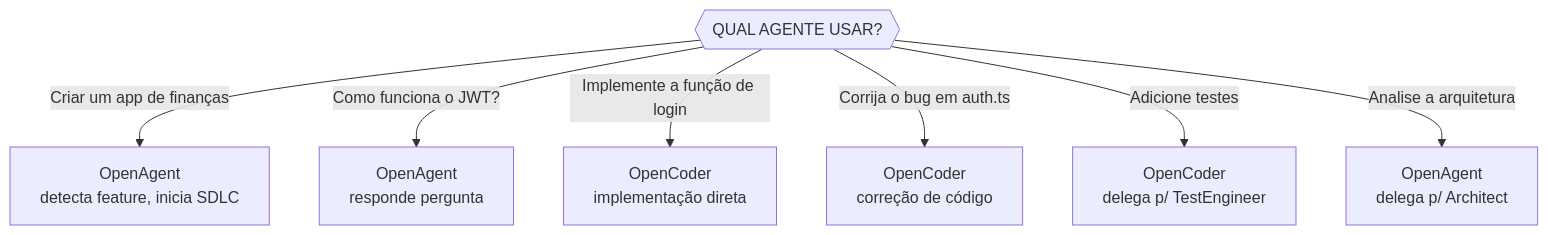
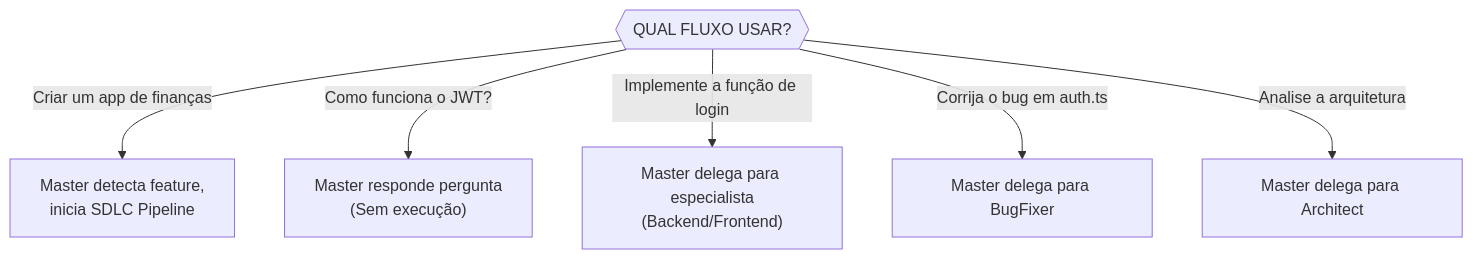
Before and after one commit to dgofreitas/opencode-workflow: the first of 9 diagrams in USAGE_GUIDE.md, drawn with Mermaid. The commit also changed other lines of this file and 28 other files, not shown here.

````diff
--- a/USAGE_GUIDE.md
+++ b/USAGE_GUIDE.md
@@ -48,10 +25,9 @@
 ```mermaid
 graph TD
-    Q{{"QUAL AGENTE USAR?"}}
-    Q -->|"Criar um app de finanças"| A1["OpenAgent<br/>detecta feature, inicia SDLC"]
-    Q -->|"Como funciona o JWT?"| A2["OpenAgent<br/>responde pergunta"]
-    Q -->|"Implemente a função de login"| A3["OpenCoder<br/>implementação direta"]
-    Q -->|"Corrija o bug em auth.ts"| A4["OpenCoder<br/>correção de código"]
-    Q -->|"Adicione testes"| A5["OpenCoder<br/>delega p/ TestEngineer"]
-    Q -->|"Analise a arquitetura"| A6["OpenAgent<br/>delega p/ Architect"]
+    Q{{"QUAL FLUXO USAR?"}}
+    Q -->|"Criar um app de finanças"| A1["Master detecta feature,<br/>inicia SDLC Pipeline"]
+    Q -->|"Como funciona o JWT?"| A2["Master responde pergunta<br/>(Sem execução)"]
+    Q -->|"Implemente a função de login"| A3["Master delega para especialista<br/>(Backend/Frontend)"]
+    Q -->|"Corrija o bug em auth.ts"| A4["Master delega para BugFixer"]
+    Q -->|"Analise a arquitetura"| A6["Master delega para Architect"]
 ```
````
